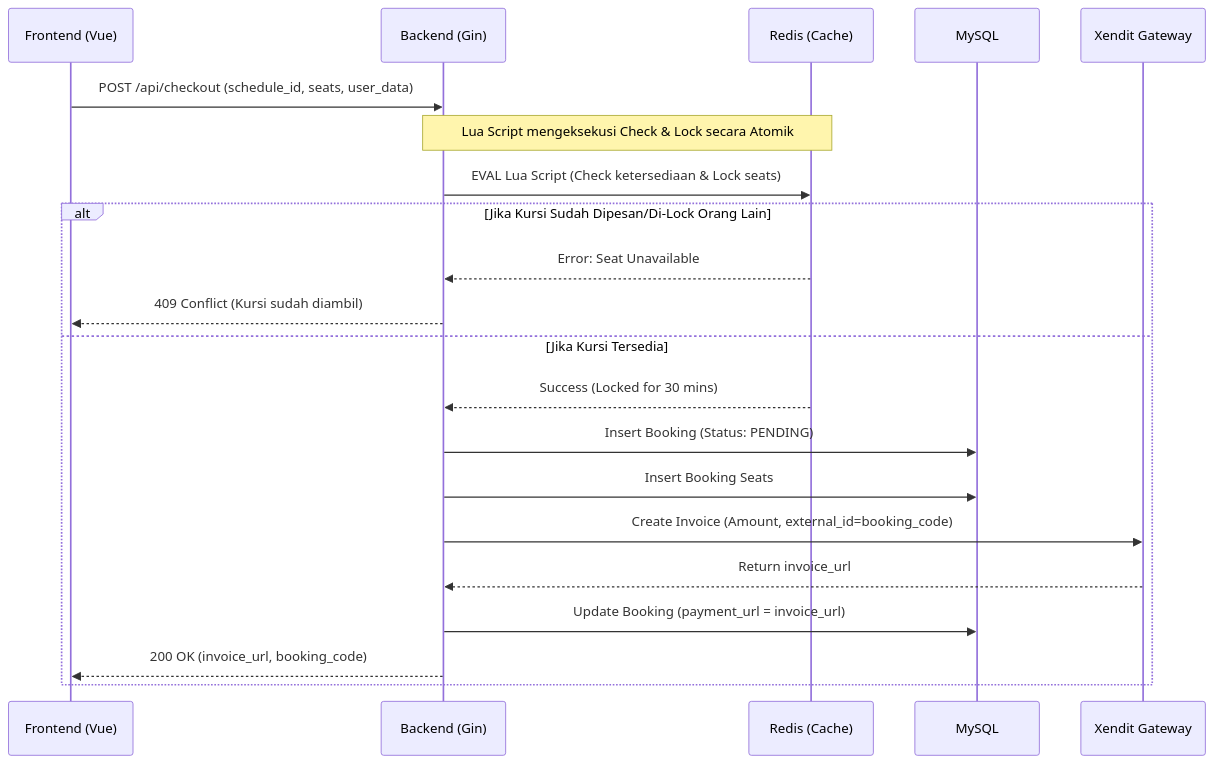
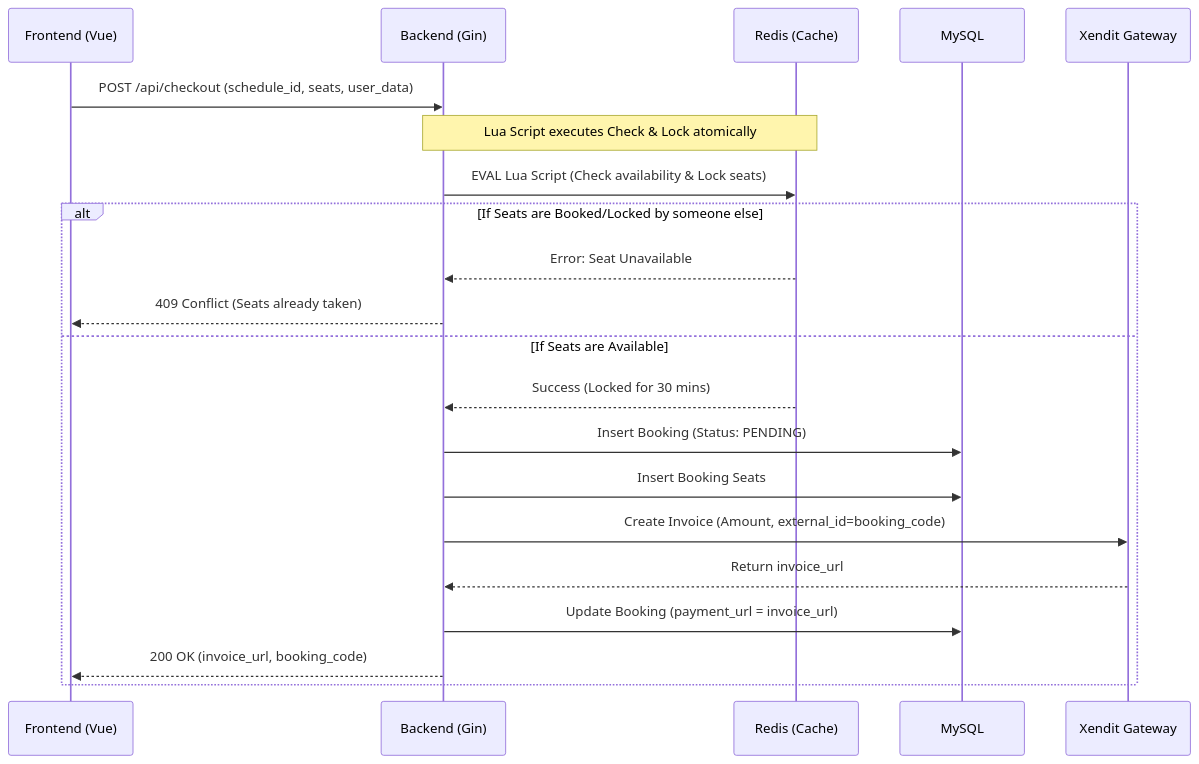
Before and after one commit to marifyahya/mesenshuttle: the third of 3 diagrams in .plans/backend_plan.md, drawn with Mermaid. The commit also changed other lines of this file and 4 other files, not shown here.

````diff
--- a/.plans/backend_plan.md
+++ b/.plans/backend_plan.md
@@ -89,26 +89,26 @@
 ```mermaid
 sequenceDiagram
     participant User as Frontend (Vue)
     participant API as Backend (Gin)
     participant Redis as Redis (Cache)
     participant DB as MySQL
     participant Xendit as Xendit Gateway
 
     User->>API: POST /api/checkout (schedule_id, seats, user_data)
-    
-    Note over API,Redis: Lua Script mengeksekusi Check & Lock secara Atomik
-    API->>Redis: EVAL Lua Script (Check ketersediaan & Lock seats)
-    
-    alt Jika Kursi Sudah Dipesan/Di-Lock Orang Lain
+
+    Note over API,Redis: Lua Script executes Check & Lock atomically
+    API->>Redis: EVAL Lua Script (Check availability & Lock seats)
+
+    alt If Seats are Booked/Locked by someone else
         Redis-->>API: Error: Seat Unavailable
-        API-->>User: 409 Conflict (Kursi sudah diambil)
-    else Jika Kursi Tersedia
+        API-->>User: 409 Conflict (Seats already taken)
+    else If Seats are Available
         Redis-->>API: Success (Locked for 30 mins)
         API->>DB: Insert Booking (Status: PENDING)
         API->>DB: Insert Booking Seats
         API->>Xendit: Create Invoice (Amount, external_id=booking_code)
         Xendit-->>API: Return invoice_url
         API->>DB: Update Booking (payment_url = invoice_url)
         API-->>User: 200 OK (invoice_url, booking_code)
     end
 ```
````
